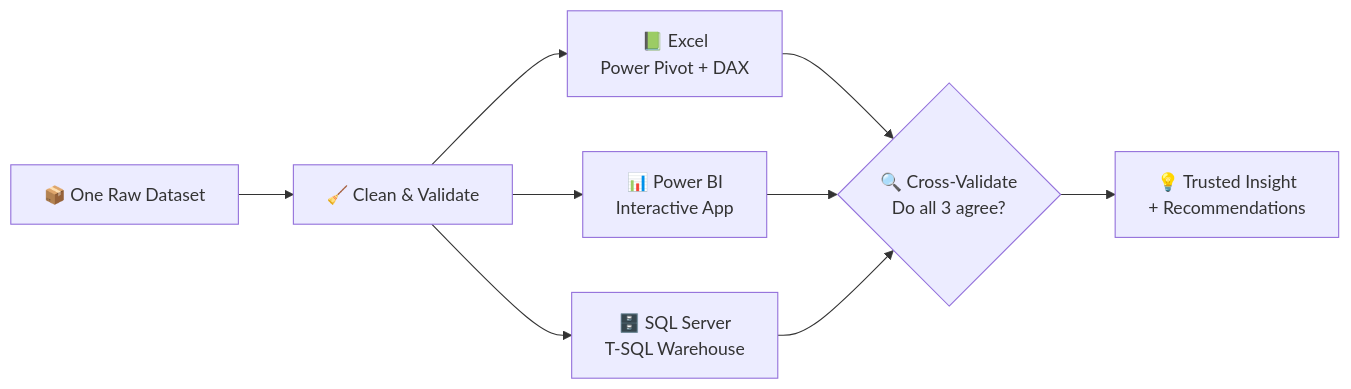
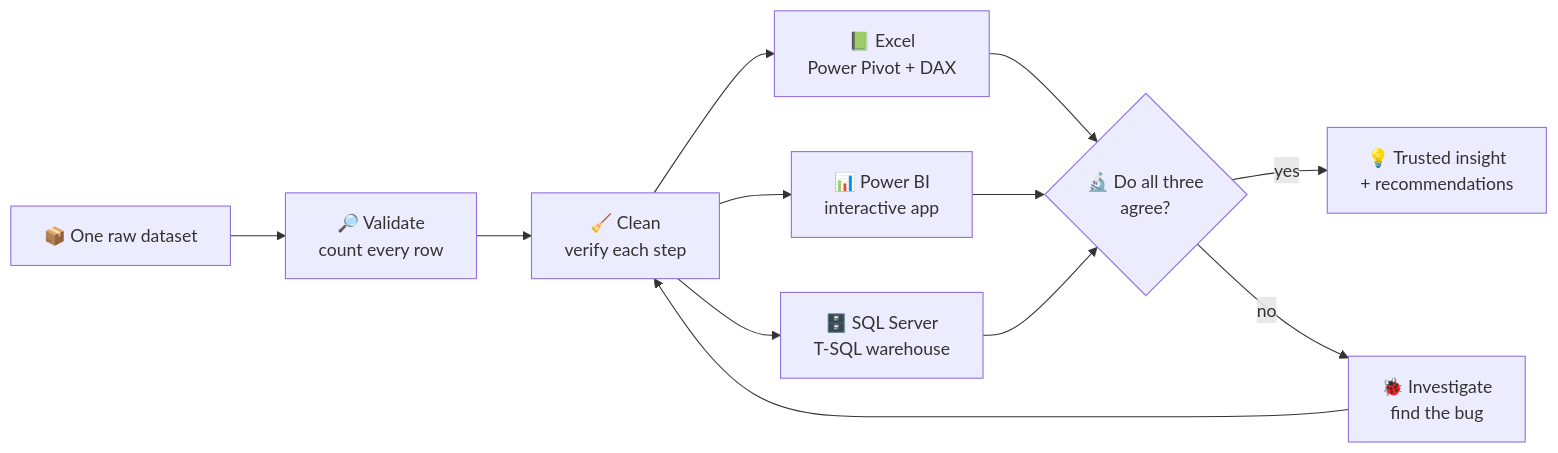
Before and after one commit to shivanand-Mathapati-Analyst/Shivanand-Mathapati-Analyst: the second of 3 diagrams in README.md, drawn with Mermaid. The commit also changed other lines of this file, not shown here.

````diff
--- a/README.md
+++ b/README.md
@@ -91,11 +103,14 @@
 ```mermaid
 flowchart LR
-    A[📦 One Raw Dataset] --> B[🧹 Clean & Validate]
-    B --> C[📗 Excel<br/>Power Pivot + DAX]
-    B --> D[📊 Power BI<br/>Interactive App]
-    B --> E[🗄️ SQL Server<br/>T-SQL Warehouse]
-    C --> F{🔍 Cross-Validate<br/>Do all 3 agree?}
-    D --> F
-    E --> F
-    F --> G[💡 Trusted Insight<br/>+ Recommendations]
+    A[📦 One raw dataset] --> B[🔎 Validate<br/>count every row]
+    B --> C[🧹 Clean<br/>verify each step]
+    C --> D[📗 Excel<br/>Power Pivot + DAX]
+    C --> E[📊 Power BI<br/>interactive app]
+    C --> F[🗄️ SQL Server<br/>T-SQL warehouse]
+    D --> G{🔬 Do all three<br/>agree?}
+    E --> G
+    F --> G
+    G -->|yes| H[💡 Trusted insight<br/>+ recommendations]
+    G -->|no| I[🐞 Investigate<br/>find the bug]
+    I --> C
 ```
````
